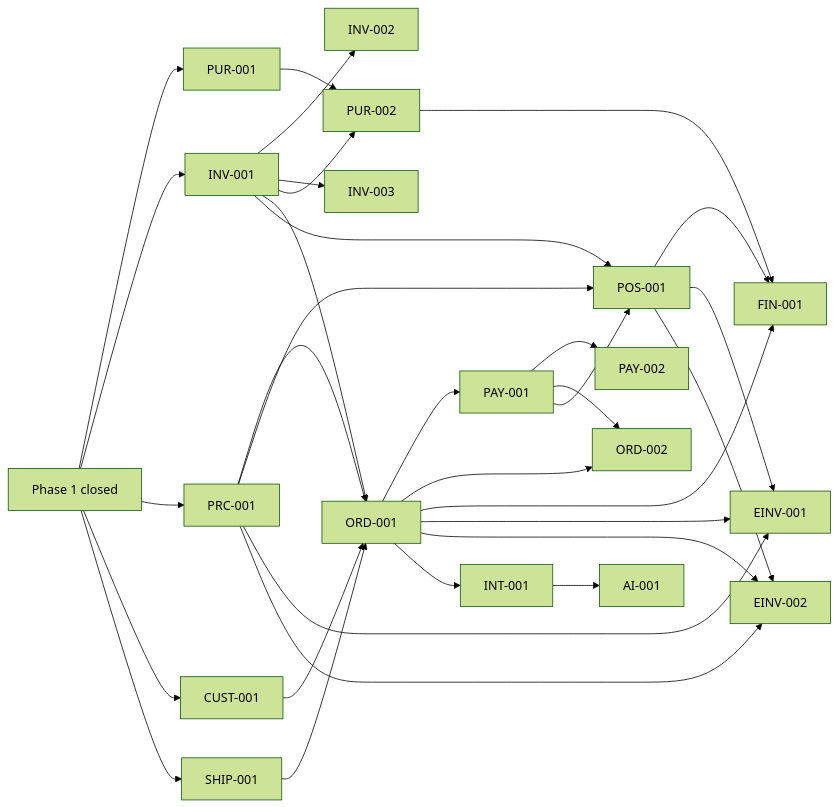
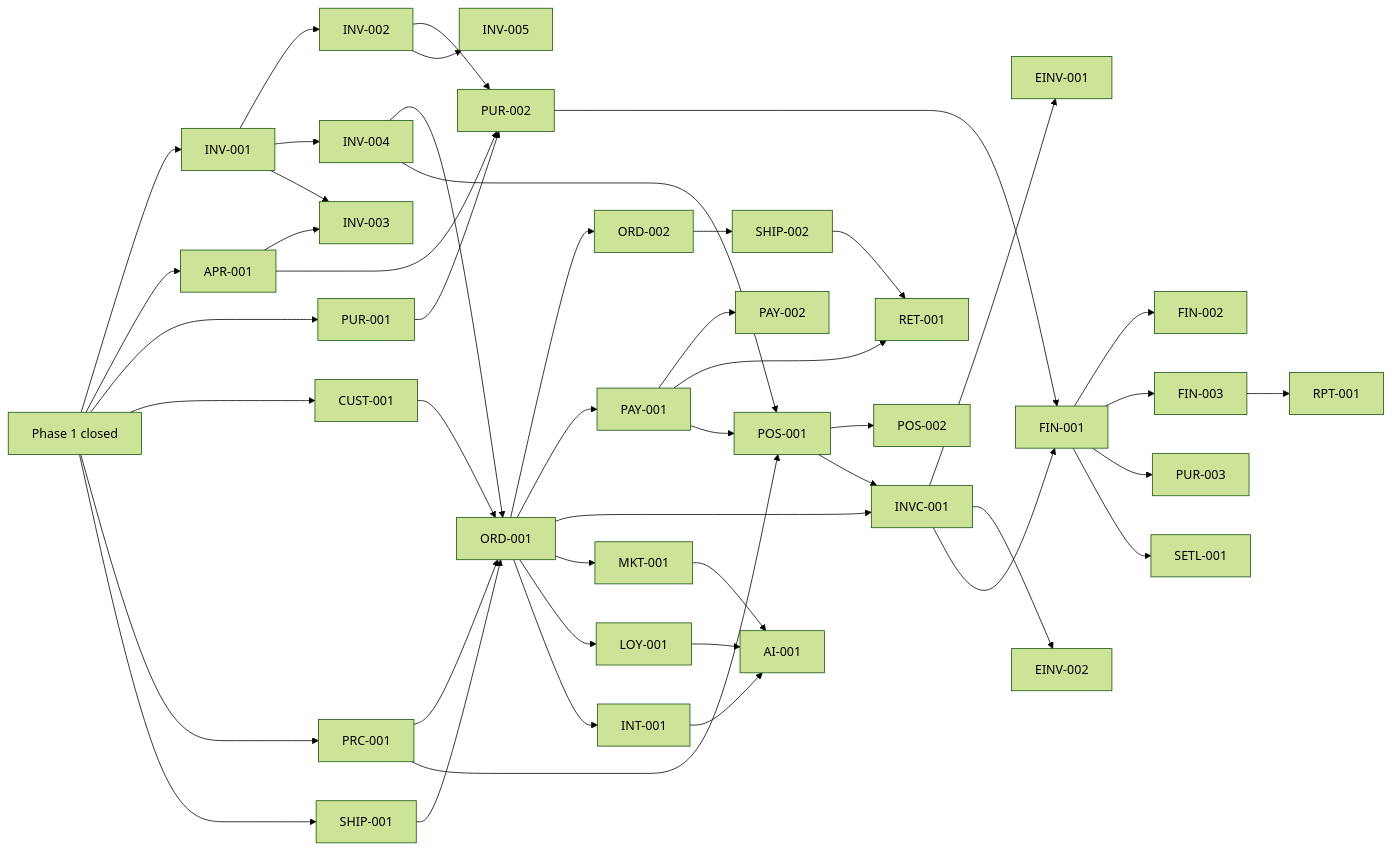
Before and after one commit to ahmedshalabysalem-hub/Perfume: the diagram in docs/IMPLEMENTATION_PLAN.md, drawn with Mermaid (forest theme). The commit also changed other lines of this file and 17 other files, not shown here.

````diff
--- a/docs/IMPLEMENTATION_PLAN.md
+++ b/docs/IMPLEMENTATION_PLAN.md
@@ -20,13 +21,19 @@
 ```mermaid
 flowchart LR
-  P1[Phase 1 closed] --> PUR001[PUR-001] & INV001[INV-001] & PRC001[PRC-001] & CUST001[CUST-001] & SHIP001[SHIP-001]
-  INV001 --> INV002[INV-002] & INV003[INV-003] & PUR002[PUR-002]
-  PUR001 --> PUR002
-  INV001 & PRC001 & CUST001 & SHIP001 --> ORD001[ORD-001]
+  P1[Phase 1 closed] --> INV001[INV-001] & APR001[APR-001] & PUR001[PUR-001]
+  INV001 --> INV002[INV-002] & INV004[INV-004]
+  INV001 & APR001 --> INV003[INV-003]
+  INV002 & PUR001 & APR001 --> PUR002[PUR-002]
+  INV002 --> INV005[INV-005]
+  P1 --> CUST001[CUST-001] & PRC001[PRC-001] & SHIP001[SHIP-001]
+  INV004 & CUST001 & PRC001 & SHIP001 --> ORD001[ORD-001] --> ORD002[ORD-002]
   ORD001 --> PAY001[PAY-001] --> PAY002[PAY-002]
-  ORD001 & PAY001 --> ORD002[ORD-002]
-  INV001 & PRC001 & PAY001 --> POS001[POS-001]
-  ORD001 & PUR002 & POS001 --> FIN001[FIN-001]
-  ORD001 & POS001 & PRC001 --> EINV001[EINV-001] & EINV002[EINV-002]
-  ORD001 --> INT001[INT-001] --> AI001[AI-001]
+  ORD002 --> SHIP002[SHIP-002]
+  PAY001 & SHIP002 --> RET001[RET-001]
+  INV004 & PRC001 & PAY001 --> POS001[POS-001] --> POS002[POS-002]
+  ORD001 & POS001 --> INVC001[INVC-001] --> EINV001[EINV-001] & EINV002[EINV-002]
+  INVC001 & PUR002 --> FIN001[FIN-001] --> FIN002[FIN-002] & FIN003[FIN-003] & PUR003[PUR-003]
+  FIN001 --> SETL001[SETL-001]
+  ORD001 --> MKT001[MKT-001] & LOY001[LOY-001] & INT001[INT-001] --> AI001[AI-001]
+  FIN003 --> RPT001[RPT-001]
 ```
````
